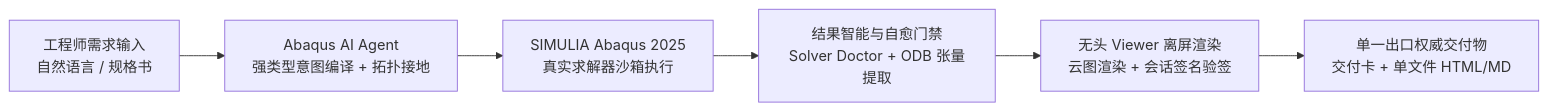
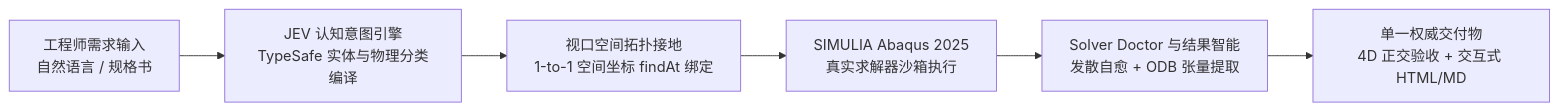
The first of 3 diagrams in README_CN.md (chenlei-gh/Abaqus-AI-Agent), drawn with Mermaid before and after one commit. The commit also changed other lines of this file and 1 other file, not shown here.

First line of the commit message:
Elevate JEV cognitive architecture in documentation

````diff
--- a/README_CN.md
+++ b/README_CN.md
@@ -30,8 +28,8 @@
 ```mermaid
 graph LR
-    A[工程师需求输入<br>自然语言 / 规格书] --> B[Abaqus AI Agent<br>强类型意图编译 + 拓扑接地]
-    B --> C[SIMULIA Abaqus 2025<br>真实求解器沙箱执行]
-    C --> D[结果智能与自愈门禁<br>Solver Doctor + ODB 张量提取]
-    D --> E[无头 Viewer 离屏渲染<br>云图渲染 + 会话签名验签]
-    E --> F[单一出口权威交付物<br>交付卡 + 单文件 HTML/MD]
+    A[工程师需求输入<br>自然语言 / 规格书] --> B[JEV 认知意图引擎<br>TypeSafe 实体与物理分类编译]
+    B --> C[视口空间拓扑接地<br>1-to-1 空间坐标 findAt 绑定]
+    C --> D[SIMULIA Abaqus 2025<br>真实求解器沙箱执行]
+    D --> E[Solver Doctor 与结果智能<br>发散自愈 + ODB 张量提取]
+    E --> F[单一权威交付物<br>4D 正交验收 + 交互式 HTML/MD]
 ```
````
